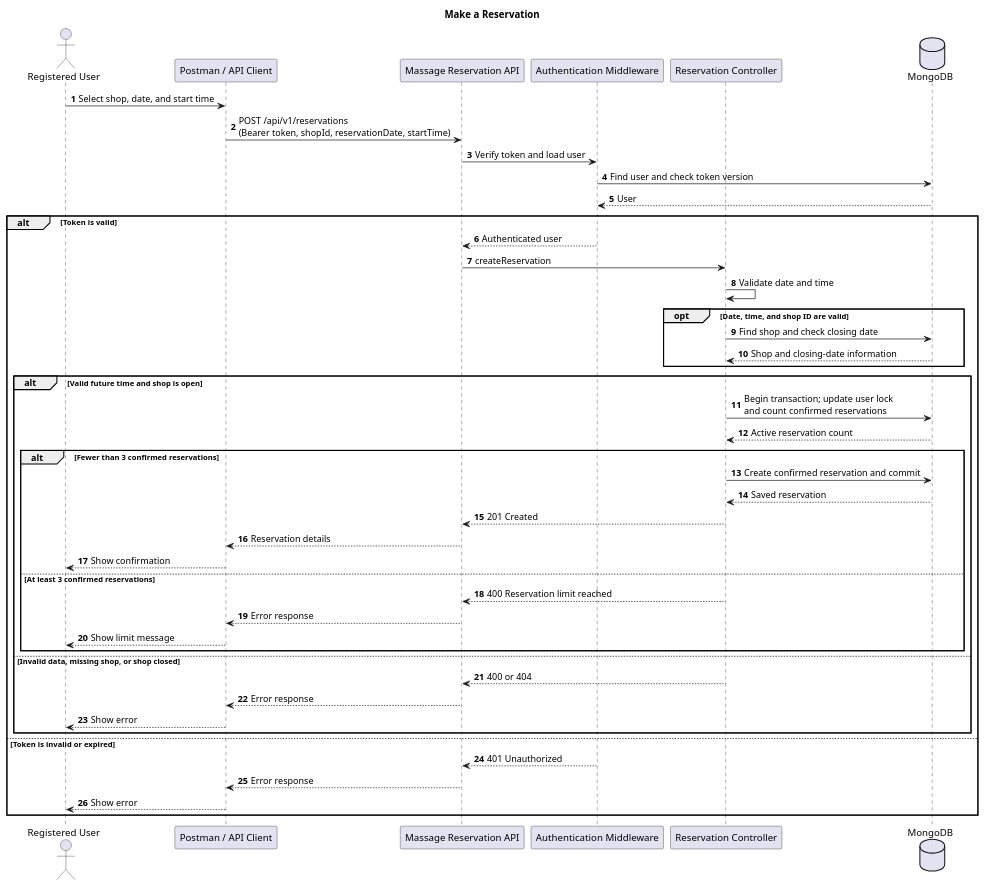
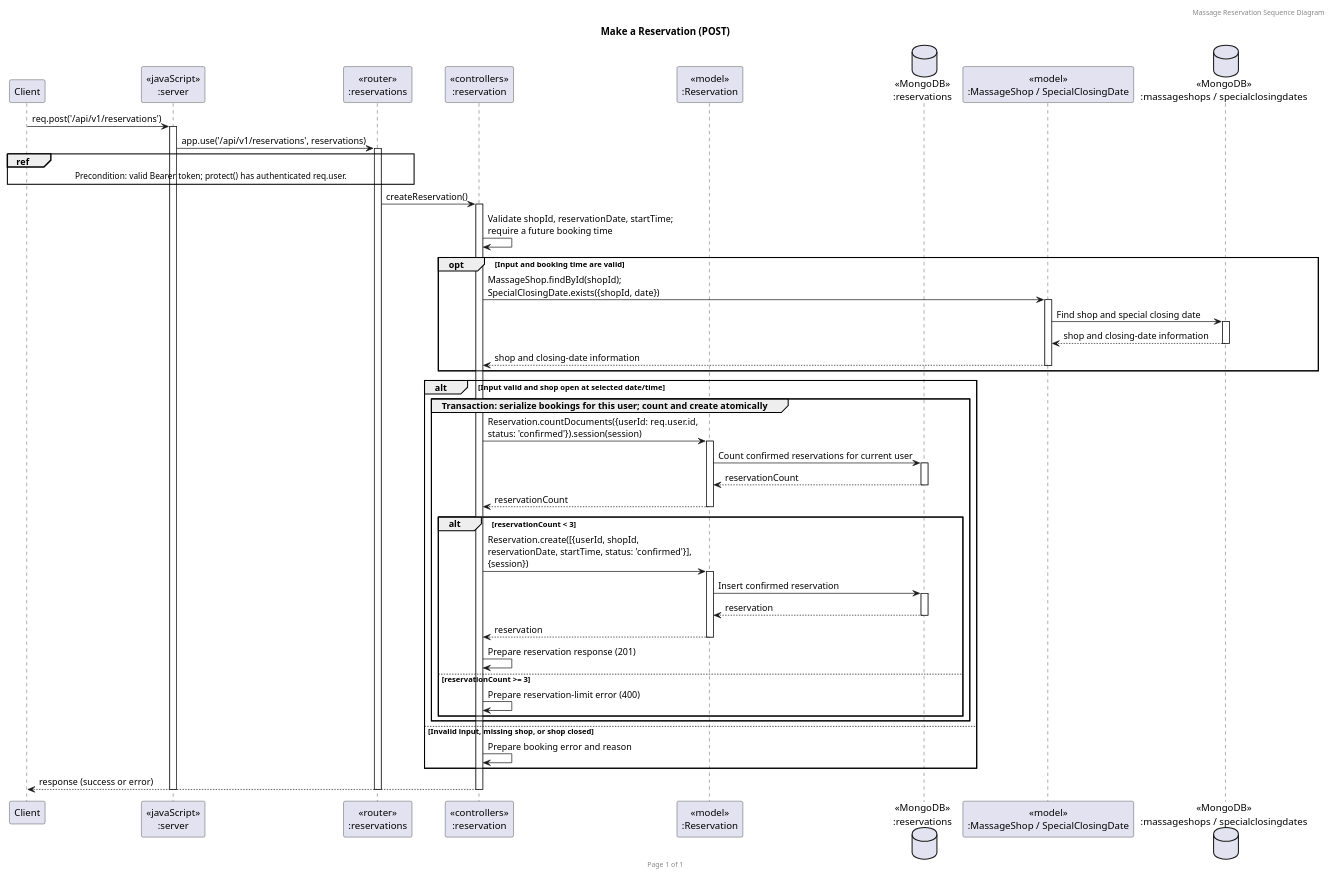
The diagram in docs/diagram/sequence-diagram/specified-requirements/05-make-reservation.puml (pim3567/SW-DEV-PRAC-Final-Project), drawn with PlantUML before and after one commit. The commit also changed 12 other files, not shown here.

Commit message:
chore: modified sequence diagrams

```diff
--- a/docs/diagram/sequence-diagram/specified-requirements/05-make-reservation.puml
+++ b/docs/diagram/sequence-diagram/specified-requirements/05-make-reservation.puml
@@ -1,48 +1,52 @@
 @startuml
-title Make a Reservation
-autonumber
-actor "Registered User" as User
-participant "Postman / API Client" as Client
-participant "Massage Reservation API" as API
-participant "Authentication Middleware" as Auth
-participant "Reservation Controller" as Controller
-database MongoDB as DB
+header Massage Reservation Sequence Diagram
+footer Page %page% of %lastpage%
+skinparam maxMessageSize 320
+title "Make a Reservation (POST)"
 
-User -> Client: Select shop, date, and start time
-Client -> API: POST /api/v1/reservations\n(Bearer token, shopId, reservationDate, startTime)
-API -> Auth: Verify token and load user
-Auth -> DB: Find user and check token version
-DB --> Auth: User
-alt Token is valid
-    Auth --> API: Authenticated user
-    API -> Controller: createReservation
-    Controller -> Controller: Validate date and time
-    opt Date, time, and shop ID are valid
-        Controller -> DB: Find shop and check closing date
-        DB --> Controller: Shop and closing-date information
+participant "Client" as client
+participant "<<javaScript>>\n:server" as server
+participant "<<router>>\n:reservations" as router
+participant "<<controllers>>\n:reservation" as controller
+participant "<<model>>\n:Reservation" as model
+database "<<MongoDB>>\n:reservations" as db
+participant "<<model>>\n:MassageShop / SpecialClosingDate" as shopModels
+database "<<MongoDB>>\n:massageshops / specialclosingdates" as shopDb
+
+client -> server ++: req.post('/api/v1/reservations')
+server -> router ++: app.use('/api/v1/reservations', reservations)
+ref over client, router
+    Precondition: valid Bearer token; protect() has authenticated req.user.
+end ref
+router -> controller ++: createReservation()
+controller -> controller: Validate shopId, reservationDate, startTime;\nrequire a future booking time
+opt Input and booking time are valid
+controller -> shopModels ++: MassageShop.findById(shopId); SpecialClosingDate.exists({shopId, date})
+shopModels -> shopDb ++: Find shop and special closing date
+shopDb --> shopModels --: shop and closing-date information
+shopModels --> controller --: shop and closing-date information
+end
+alt Input valid and shop open at selected date/time
+    group Transaction: serialize bookings for this user; count and create atomically
+controller -> model ++: Reservation.countDocuments({userId: req.user.id, status: 'confirmed'}).session(session)
+model -> db ++: Count confirmed reservations for current user
+db --> model --: reservationCount
+model --> controller --: reservationCount
+        alt reservationCount < 3
+controller -> model ++: Reservation.create([{userId, shopId, reservationDate, startTime, status: 'confirmed'}], {session})
+model -> db ++: Insert confirmed reservation
+db --> model --: reservation
+model --> controller --: reservation
+            controller -> controller: Prepare reservation response (201)
+        else reservationCount >= 3
+            controller -> controller: Prepare reservation-limit error (400)
+        end
     end
-    alt Valid future time and shop is open
-        Controller -> DB: Begin transaction; update user lock\nand count confirmed reservations
-        DB --> Controller: Active reservation count
-        alt Fewer than 3 confirmed reservations
-            Controller -> DB: Create confirmed reservation and commit
-            DB --> Controller: Saved reservation
-            Controller --> API: 201 Created
-            API --> Client: Reservation details
-            Client --> User: Show confirmation
-        else At least 3 confirmed reservations
-            Controller --> API: 400 Reservation limit reached
-            API --> Client: Error response
-            Client --> User: Show limit message
-        end
-    else Invalid data, missing shop, or shop closed
-        Controller --> API: 400 or 404
-        API --> Client: Error response
-        Client --> User: Show error
-    end
-else Token is invalid or expired
-    Auth --> API: 401 Unauthorized
-    API --> Client: Error response
-    Client --> User: Show error
+else Invalid input, missing shop, or shop closed
+    controller -> controller: Prepare booking error and reason
 end
+controller --> client --: response (success or error)
+deactivate router
+deactivate server
+
 @enduml
```
